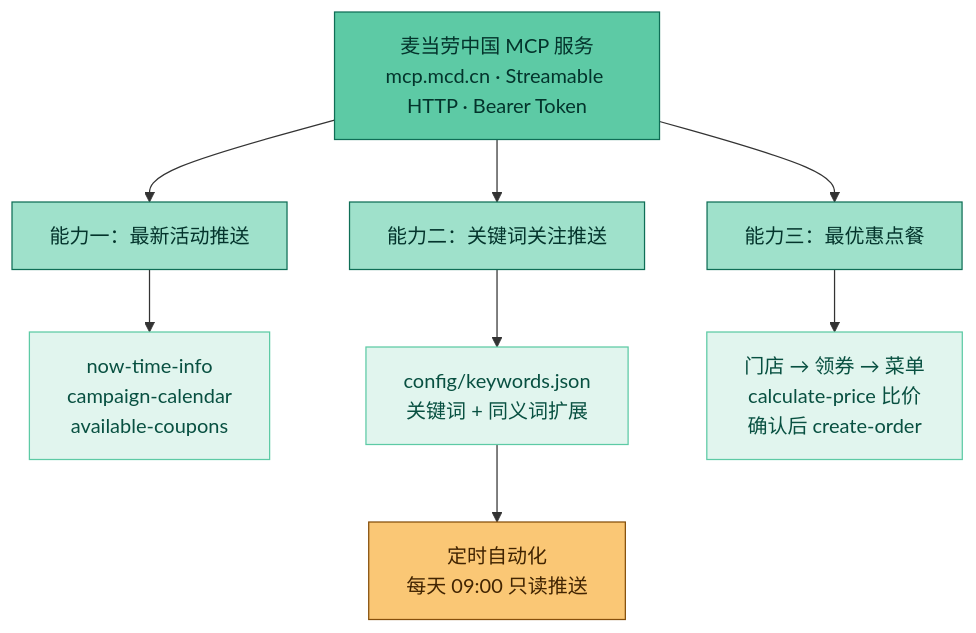
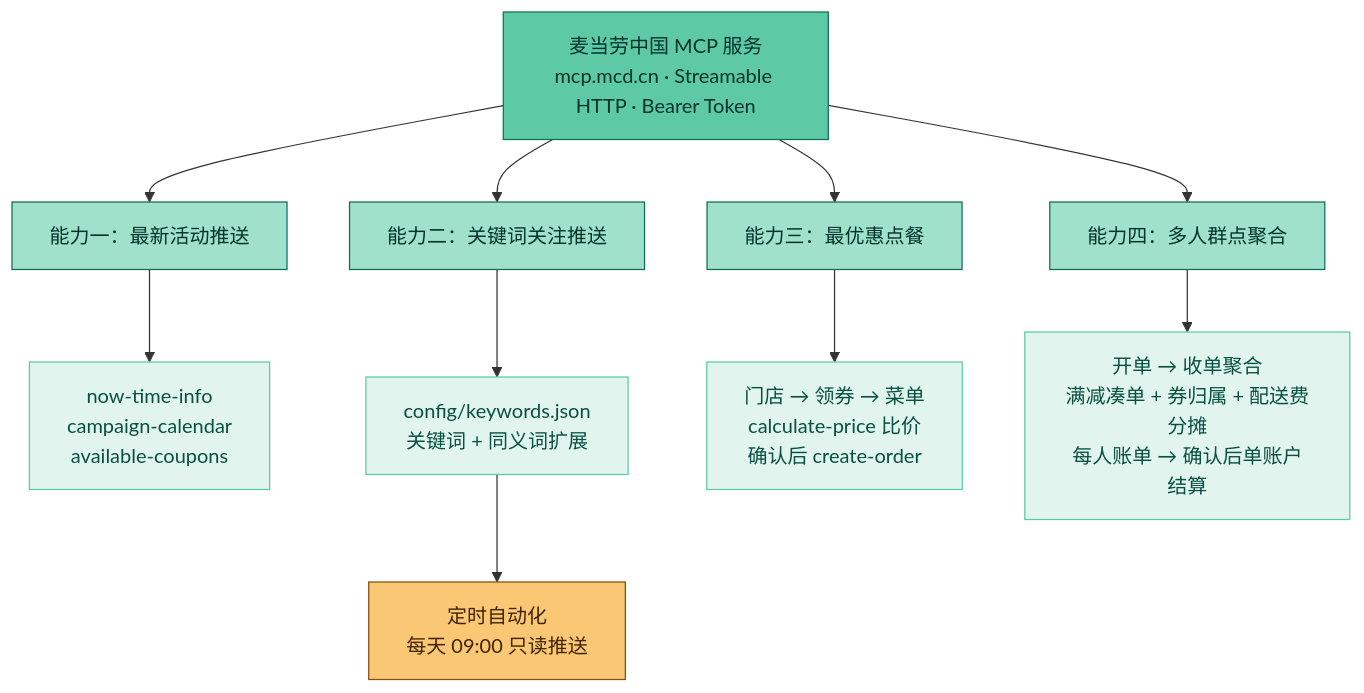
The diagram in README.md (junxchan54-maker/mcd-cn-assistant), drawn with Mermaid before and after one commit. The commit also changed other lines of this file and 6 other files, not shown here.

````diff
--- a/README.md
+++ b/README.md
@@ -41,19 +43,23 @@
 ```mermaid
 flowchart TD
     A["麦当劳中国 MCP 服务<br/>mcp.mcd.cn · Streamable HTTP · Bearer Token"]
     A --> B1["能力一：最新活动推送"]
     A --> B2["能力二：关键词关注推送"]
     A --> B3["能力三：最优惠点餐"]
+    A --> B4["能力四：多人群点聚合"]
     B1 --> C1["now-time-info<br/>campaign-calendar<br/>available-coupons"]
     B2 --> C2["config/keywords.json<br/>关键词 + 同义词扩展"]
     B3 --> C3["门店 → 领券 → 菜单<br/>calculate-price 比价<br/>确认后 create-order"]
+    B4 --> C4["开单 → 收单聚合<br/>满减凑单 + 券归属 + 配送费分摊<br/>每人账单 → 确认后单账户结算"]
     C2 --> D["定时自动化<br/>每天 09:00 只读推送"]
     style A fill:#5DCAA5,stroke:#0F6E56,color:#04342C
     style B1 fill:#9FE1CB,stroke:#0F6E56,color:#04342C
     style B2 fill:#9FE1CB,stroke:#0F6E56,color:#04342C
     style B3 fill:#9FE1CB,stroke:#0F6E56,color:#04342C
+    style B4 fill:#9FE1CB,stroke:#0F6E56,color:#04342C
     style C1 fill:#E1F5EE,stroke:#5DCAA5,color:#085041
     style C2 fill:#E1F5EE,stroke:#5DCAA5,color:#085041
     style C3 fill:#E1F5EE,stroke:#5DCAA5,color:#085041
+    style C4 fill:#E1F5EE,stroke:#5DCAA5,color:#085041
     style D fill:#FAC775,stroke:#854F0B,color:#412402
 ```
````
